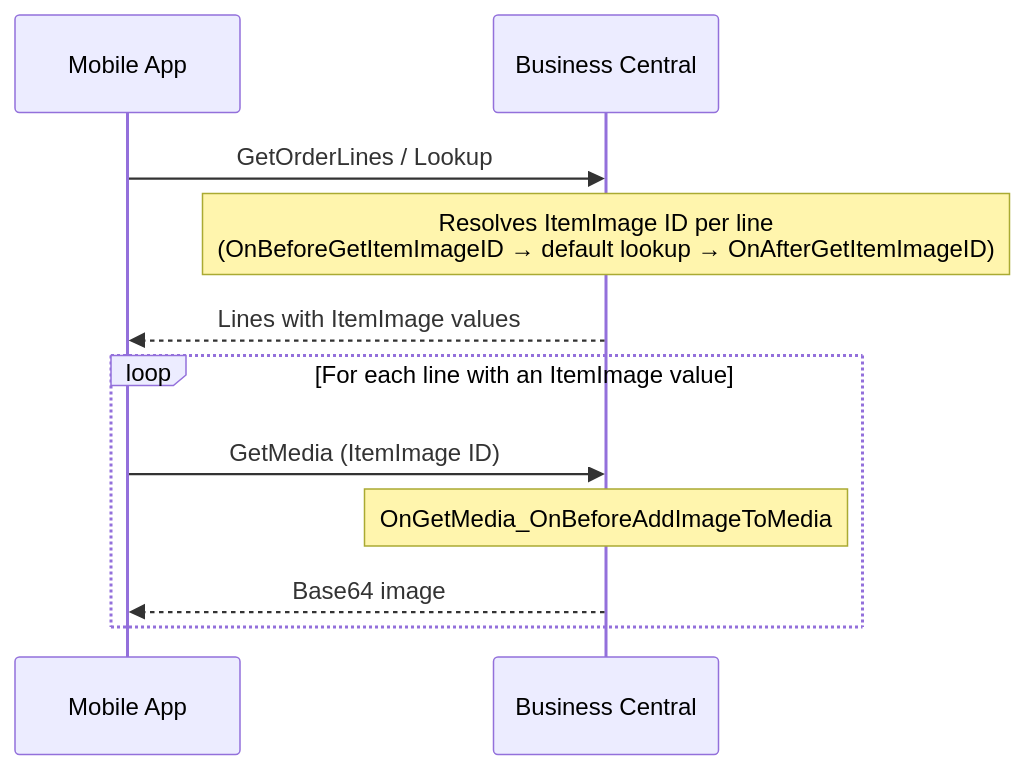
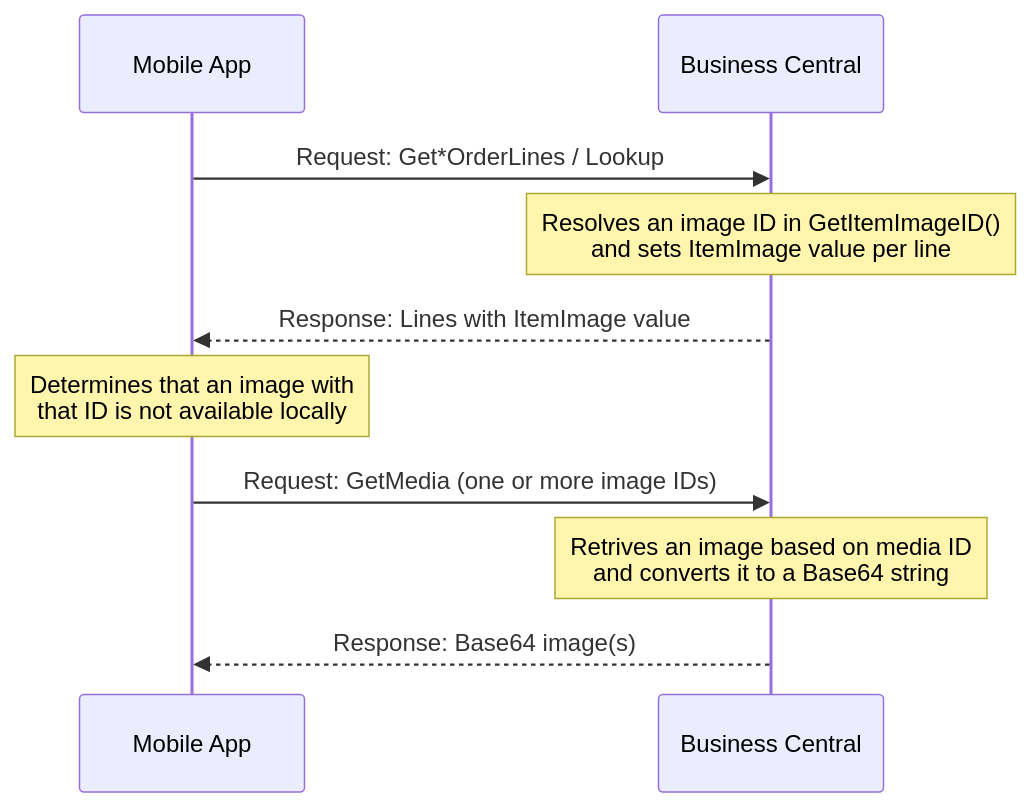
One commit to TaskletWMS/Customization changed the diagram in Examples/Item Image From Alternative Storage/README.md. Above: the diagram before and after it, drawn with Mermaid. The commit also changed other lines of this file and 2 other files, not shown here.

````diff
--- a/Examples/Item Image From Alternative Storage/README.md
+++ b/Examples/Item Image From Alternative Storage/README.md
@@ -56,15 +18,13 @@
 ```mermaid
 sequenceDiagram
     participant App as Mobile App
     participant BC as Business Central
 
-    App->>BC: GetOrderLines / Lookup
-    Note over BC: Resolves ItemImage ID per line<br/>(OnBeforeGetItemImageID → default lookup → OnAfterGetItemImageID)
-    BC-->>App: Lines with ItemImage values
-
-    loop For each line with an ItemImage value
-        App->>BC: GetMedia (ItemImage ID)
-        Note over BC: OnGetMedia_OnBeforeAddImageToMedia
-        BC-->>App: Base64 image
-    end
+    App->>BC: Request: Get*OrderLines / Lookup
+    Note over BC: Resolves an image ID in GetItemImageID()<br/>and sets ItemImage value per line
+    BC-->>App: Response: Lines with ItemImage value
+    Note over App: Determines that an image with<br/>that ID is not available locally
+    App->>BC: Request: GetMedia (one or more image IDs)
+    Note over BC: Retrives an image based on media ID<br/>and converts it to a Base64 string
+    BC-->>App: Response: Base64 image(s)
 ```
````
